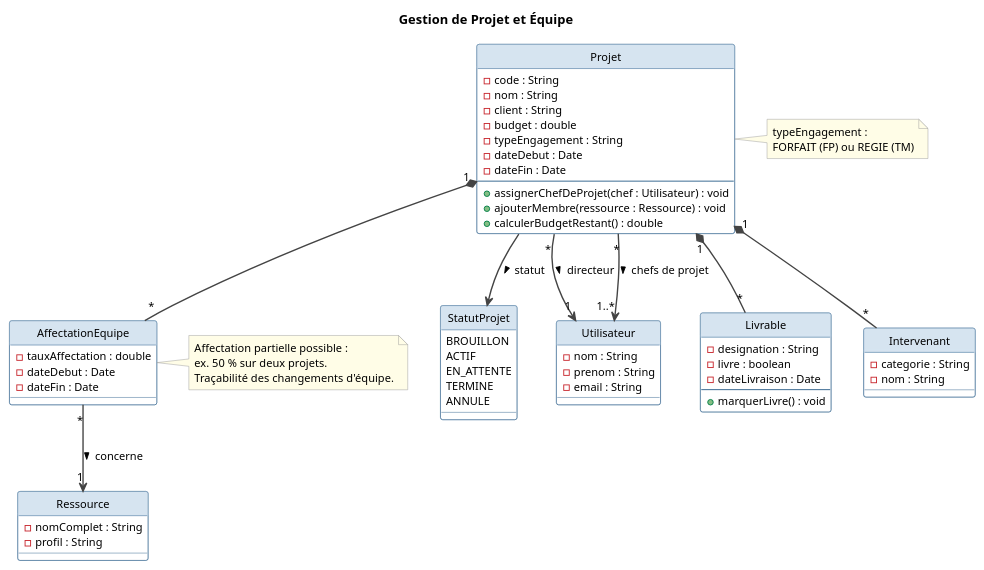
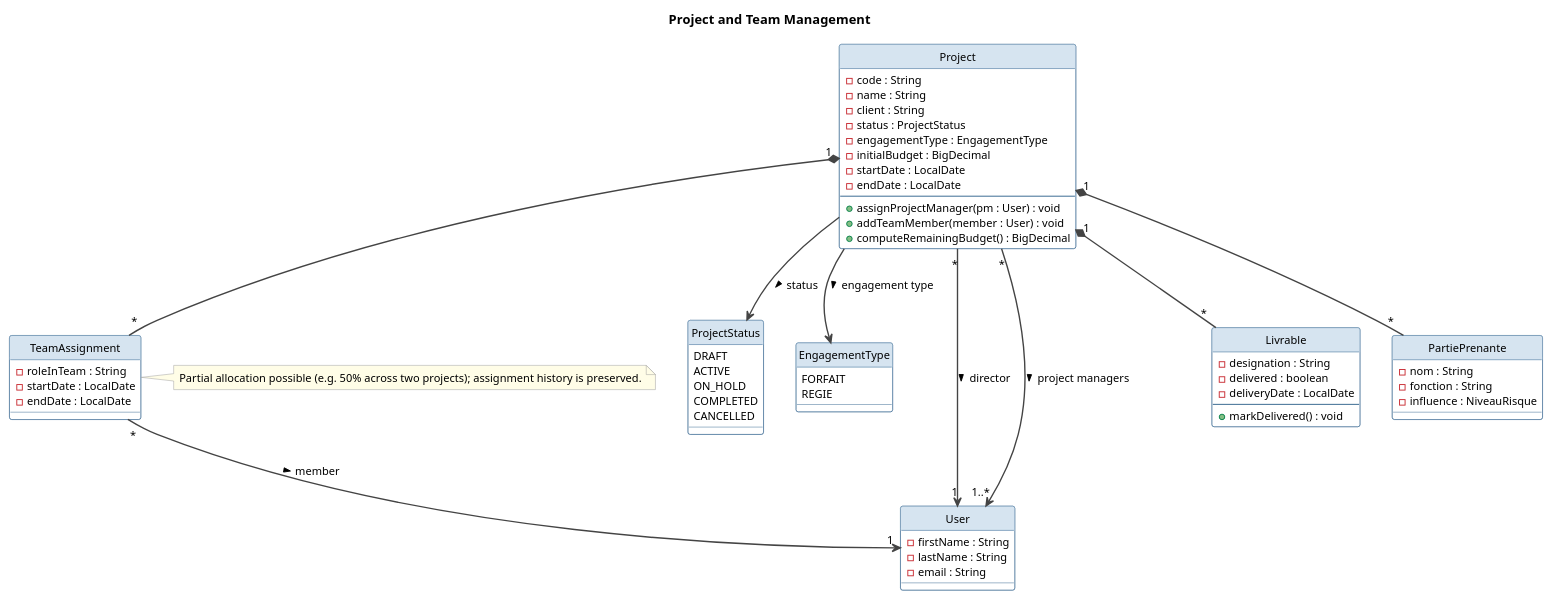
The diagram in docs/uml/engineering/03-project-team.puml (mazenrakrouki/tekup-pms-platform), drawn with PlantUML before and after one commit. The commit also changed 72 other files, not shown here.

```diff
--- a/docs/uml/engineering/03-project-team.puml
+++ b/docs/uml/engineering/03-project-team.puml
@@ -1,92 +1,88 @@
 @startuml project_team
-title Gestion de Projet et Équipe
+title Project and Team Management
 
 top to bottom direction
 
 skinparam shadowing false
 skinparam classBackgroundColor #FFFFFF
 skinparam classBorderColor #2C5F8A
 skinparam classHeaderBackgroundColor #D6E4F0
 skinparam packageBackgroundColor #EAF2FF
 skinparam packageBorderColor #1F4E79
 skinparam packageFontColor #1F4E79
 skinparam defaultFontName Helvetica
 skinparam defaultFontSize 12
 skinparam ArrowColor #444444
 skinparam ArrowThickness 1.5
 skinparam noteBorderColor #999999
 skinparam noteBackgroundColor #FFFDE7
 hide circle
 
-enum StatutProjet {
-  BROUILLON
-  ACTIF
-  EN_ATTENTE
-  TERMINE
-  ANNULE
+enum ProjectStatus {
+  DRAFT
+  ACTIVE
+  ON_HOLD
+  COMPLETED
+  CANCELLED
 }
 
-class Projet {
-  - code : String
-  - nom : String
-  - client : String
-  - budget : double
-  - typeEngagement : String
-  - dateDebut : Date
-  - dateFin : Date
-  --
-  + assignerChefDeProjet(chef : Utilisateur) : void
-  + ajouterMembre(ressource : Ressource) : void
-  + calculerBudgetRestant() : double
+enum EngagementType {
+  FORFAIT
+  REGIE
 }
 
-class Utilisateur {
-  - nom : String
-  - prenom : String
+class Project {
+  - code : String
+  - name : String
+  - client : String
+  - status : ProjectStatus
+  - engagementType : EngagementType
+  - initialBudget : BigDecimal
+  - startDate : LocalDate
+  - endDate : LocalDate
+  --
+  + assignProjectManager(pm : User) : void
+  + addTeamMember(member : User) : void
+  + computeRemainingBudget() : BigDecimal
+}
+
+class User {
+  - firstName : String
+  - lastName : String
   - email : String
 }
 
-class Ressource {
-  - nomComplet : String
-  - profil : String
-}
-
-class AffectationEquipe {
-  - tauxAffectation : double
-  - dateDebut : Date
-  - dateFin : Date
+class TeamAssignment {
+  - roleInTeam : String
+  - startDate : LocalDate
+  - endDate : LocalDate
 }
 
 class Livrable {
   - designation : String
-  - livre : boolean
-  - dateLivraison : Date
+  - delivered : boolean
+  - deliveryDate : LocalDate
   --
-  + marquerLivre() : void
+  + markDelivered() : void
 }
 
-class Intervenant {
-  - categorie : String
+class PartiePrenante {
   - nom : String
+  - fonction : String
+  - influence : NiveauRisque
 }
 
-Projet "*"  -->  "1"   Utilisateur     : directeur >
-Projet "*"  -->  "1..*" Utilisateur    : chefs de projet >
-Projet "1"  *--  "*"   AffectationEquipe
-AffectationEquipe "*" --> "1" Ressource : concerne >
-Projet "1"  *--  "*"   Livrable
-Projet "1"  *--  "*"   Intervenant
-Projet      -->         StatutProjet   : statut >
+Project "*"  -->  "1"   User            : director >
+Project "*"  -->  "1..*" User           : project managers >
+Project "1"  *--  "*"   TeamAssignment
+TeamAssignment "*" --> "1" User         : member >
+Project "1"  *--  "*"   Livrable
+Project "1"  *--  "*"   PartiePrenante
+Project      -->         ProjectStatus  : status >
+Project      -->         EngagementType : engagement type >
 
-note right of AffectationEquipe
-  Affectation partielle possible :
-  ex. 50 % sur deux projets.
-  Traçabilité des changements d'équipe.
-end note
-
-note right of Projet
-  typeEngagement :
-  FORFAIT (FP) ou REGIE (TM)
+note right of TeamAssignment
+  Partial allocation possible (e.g. 50% across two projects); assignment history is preserved.
 end note
 
 @enduml
```
